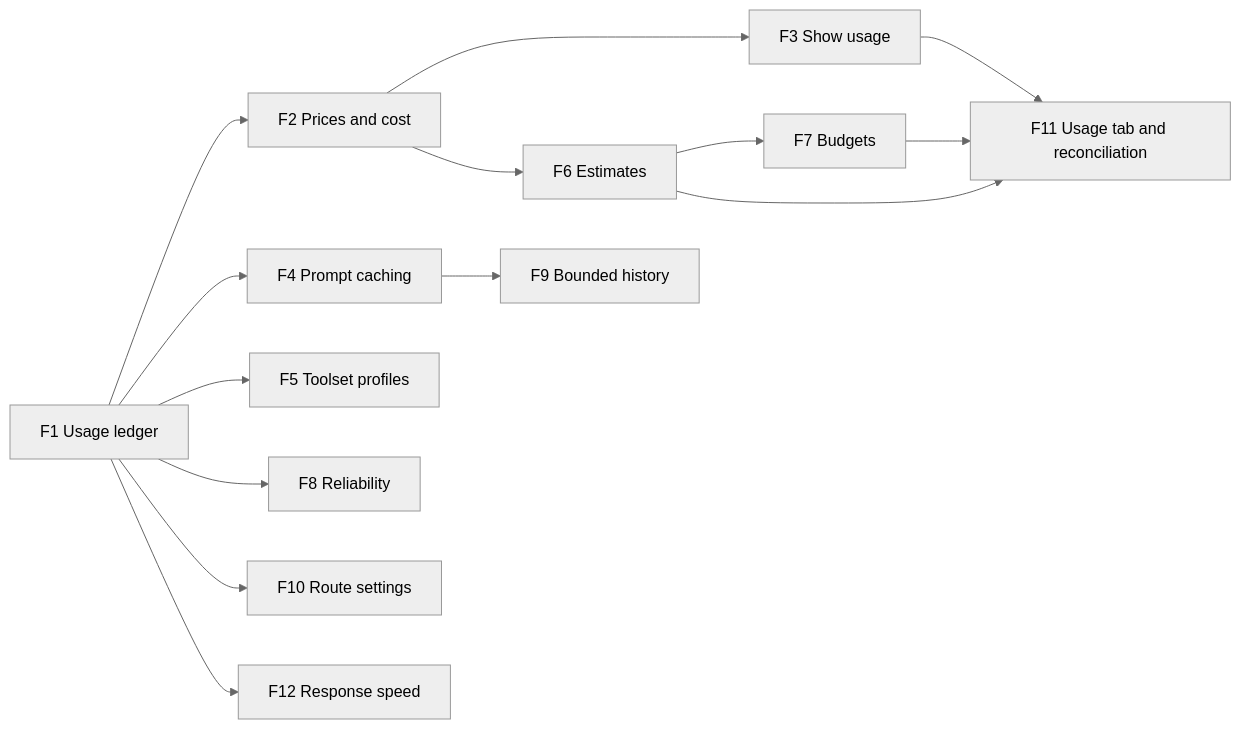
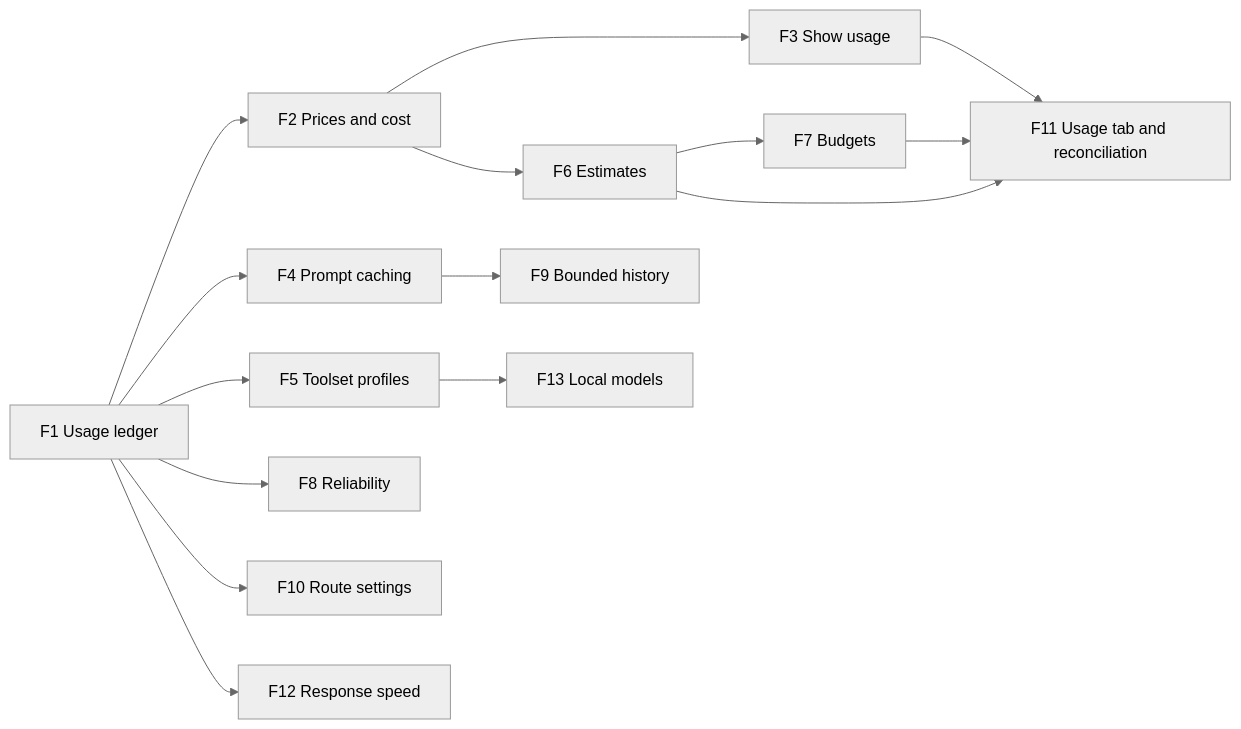
Before and after one commit to bosbevk/louis-agent: the diagram in docs/features/README.md, drawn with Mermaid (neutral theme). The commit also changed other lines of this file and 6 other files, not shown here.

First line of the commit message:
docs: plan F13 local models; record the truncated-prompt limitation

````diff
--- a/docs/features/README.md
+++ b/docs/features/README.md
@@ -42,16 +44,17 @@
 ```mermaid
 flowchart LR
     F1[F1 Usage ledger] --> F2[F2 Prices and cost]
     F1 --> F4[F4 Prompt caching]
     F1 --> F5[F5 Toolset profiles]
     F1 --> F8[F8 Reliability]
     F1 --> F10[F10 Route settings]
     F2 --> F3[F3 Show usage]
     F2 --> F6[F6 Estimates]
     F6 --> F7[F7 Budgets]
     F4 --> F9[F9 Bounded history]
     F3 --> F11[F11 Usage tab and reconciliation]
     F6 --> F11
     F7 --> F11
     F1 --> F12[F12 Response speed]
+    F5 --> F13[F13 Local models]
 ```
````
